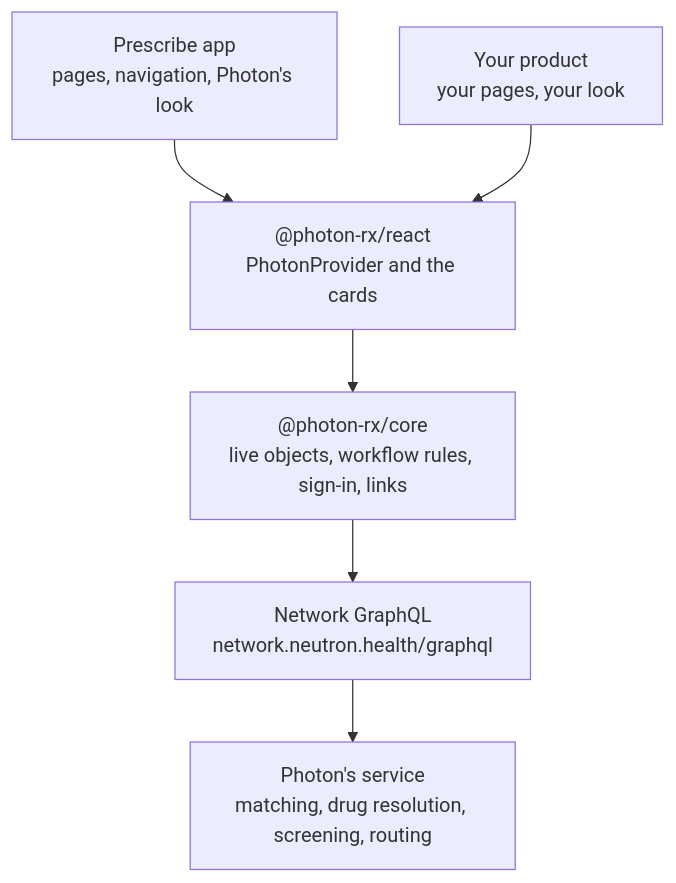
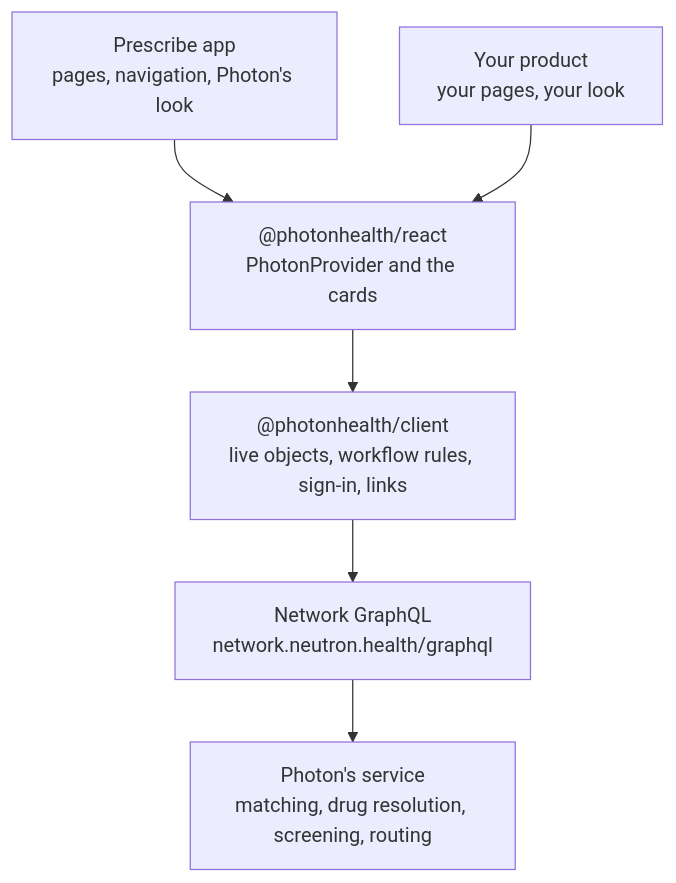
The diagram in prescribe/architecture.mdx (Photon-Health/docs), drawn with Mermaid before and after one commit. The commit also changed other lines of this file and 12 other files, not shown here.

First line of the commit message:
Release candidates page; rename to @photonhealth/react and @photonhealth/client (TECH-1237) (#26)

````diff
--- a/prescribe/architecture.mdx
+++ b/prescribe/architecture.mdx
@@ -10,8 +10,8 @@
 ```mermaid
 flowchart TB
   App["Prescribe app<br/>pages, navigation, Photon's look"] --> React
   Embed["Your product<br/>your pages, your look"] --> React
-  React["@photon-rx/react<br/>PhotonProvider and the cards"] --> Core
-  Core["@photon-rx/core<br/>live objects, workflow rules, sign-in, links"] --> Network
+  React["@photonhealth/react<br/>PhotonProvider and the cards"] --> Core
+  Core["@photonhealth/client<br/>live objects, workflow rules, sign-in, links"] --> Network
   Network["Network GraphQL<br/>network.neutron.health/graphql"] --> Service["Photon's service<br/>matching, drug resolution, screening, routing"]
 ```
````
